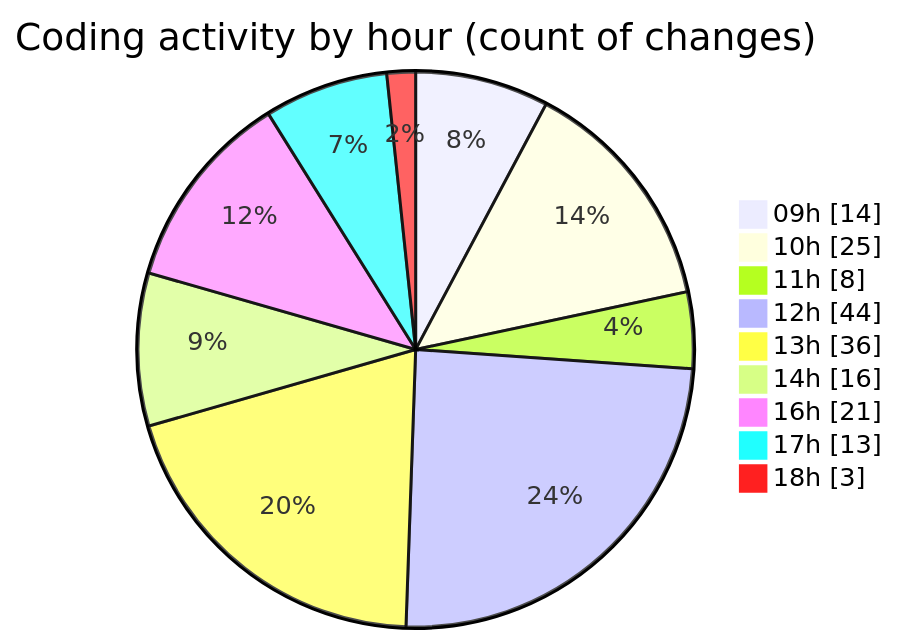
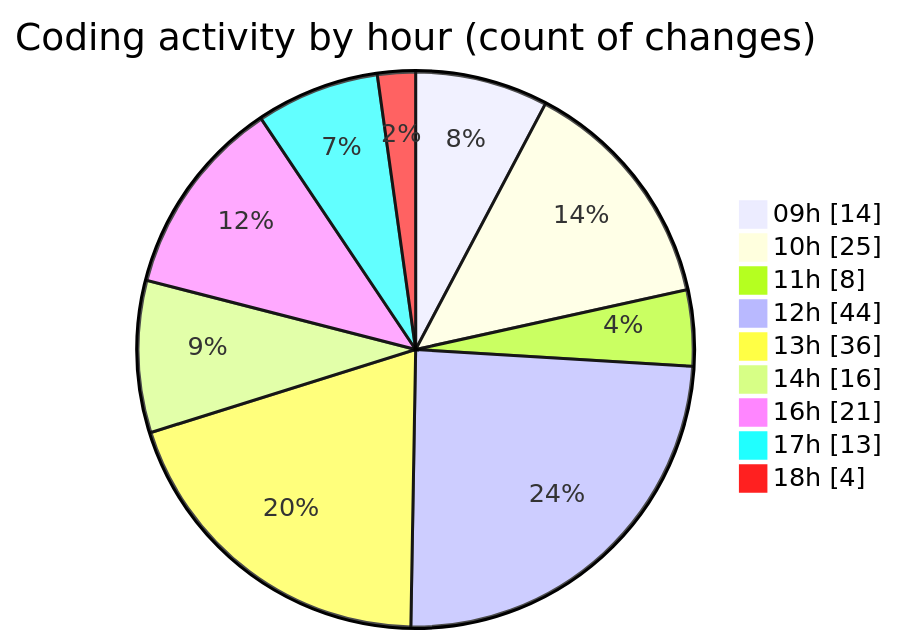
Before and after one commit to momahboobian/code-tracking: the second of 2 diagrams in 2025-06-03/cda/README.md, drawn with Mermaid. The commit also changed other lines of this file and 1 other file, not shown here.

````diff
--- a/2025-06-03/cda/README.md
+++ b/2025-06-03/cda/README.md
@@ -36,13 +36,13 @@
 ```mermaid
 pie showData
 title Coding activity by hour (count of changes)
 "09h" : 14
 "10h" : 25
 "11h" : 8
 "12h" : 44
 "13h" : 36
 "14h" : 16
 "16h" : 21
 "17h" : 13
-"18h" : 3
+"18h" : 4
 ```
````
